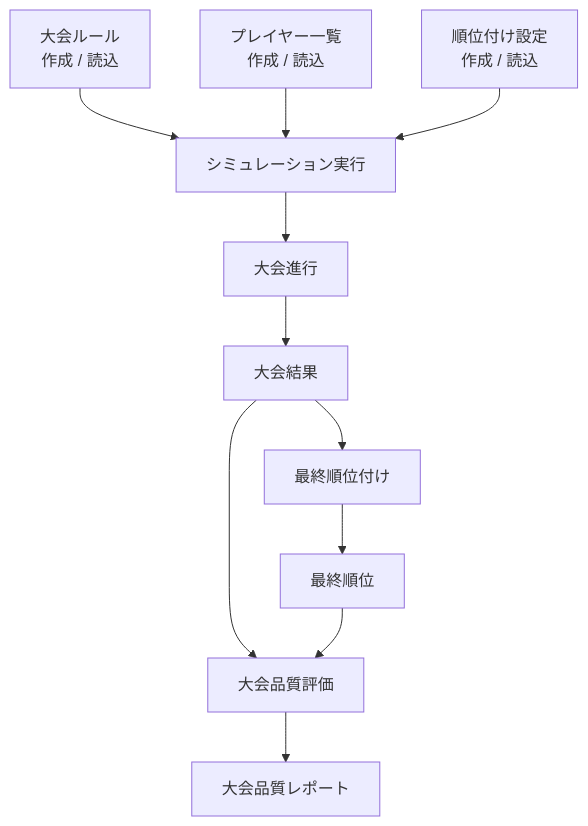
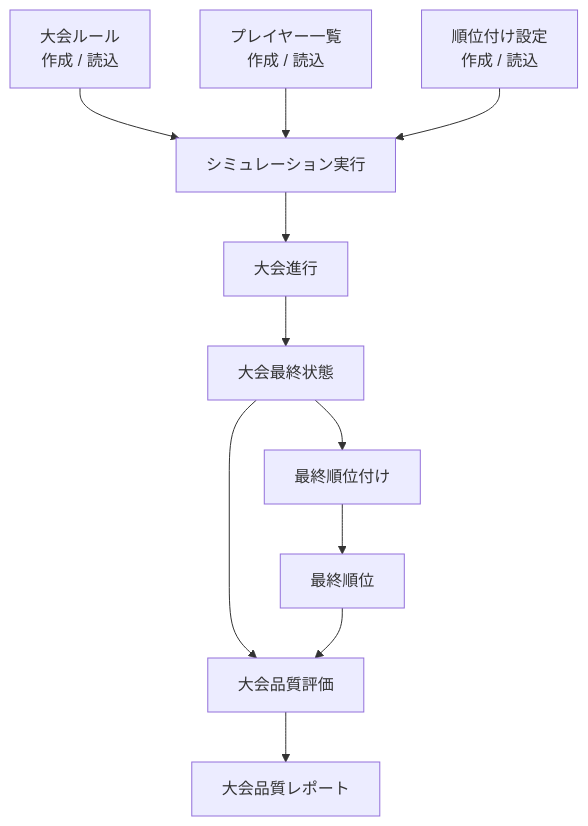
One commit to muzudho/ShogiTournamentSystemAnalyzer changed the second of 5 diagrams in docs/むずでょの案/［大会ルール作成］の理想形と現状の差.md. Above: the diagram before and after it, drawn with Mermaid. The commit also changed other lines of this file and 11 other files, not shown here.

Commit message:
Rename 大会結果 to 大会最終状態

````diff
--- a/docs/むずでょの案/［大会ルール作成］の理想形と現状の差.md
+++ b/docs/むずでょの案/［大会ルール作成］の理想形と現状の差.md
@@ -59,15 +59,15 @@
 ```mermaid
 flowchart TD
 	A[大会ルール<br/>作成 / 読込] --> X[シミュレーション実行]
 	B[プレイヤー一覧<br/>作成 / 読込] --> X
 	C[順位付け設定<br/>作成 / 読込] --> X
 
 	X --> D[大会進行]
-	D --> E[大会結果]
+	D --> E[大会最終状態]
 	E --> F[最終順位付け]
 	F --> G[最終順位]
 
 	E --> H[大会品質評価]
 	G --> H
 	H --> I[大会品質レポート]
 ```
````
